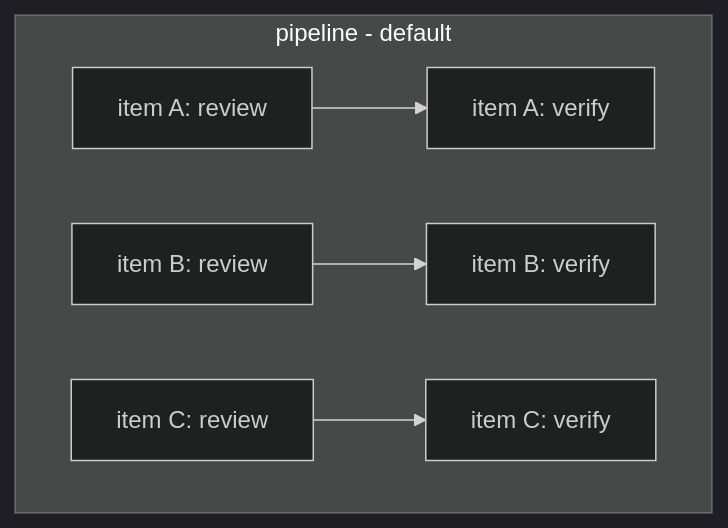
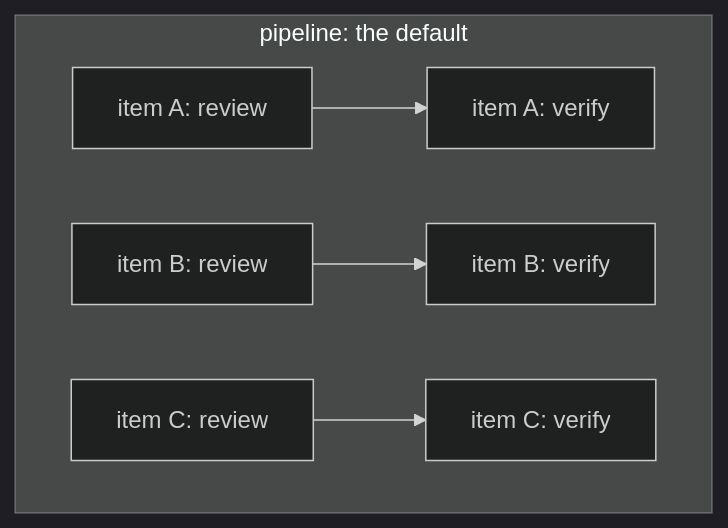
Before and after one commit to gshepptech/the-tavern: the first of 2 diagrams in plugins/tactician/README.md, drawn with Mermaid (dark theme). The commit also changed other lines of this file, not shown here.

````diff
--- a/plugins/tactician/README.md
+++ b/plugins/tactician/README.md
@@ -79,9 +85,9 @@
 ```mermaid
 flowchart LR
-    subgraph Pipeline[pipeline - default]
+    subgraph Pipeline[pipeline: the default]
         direction LR
         A1[item A: review] --> A2[item A: verify]
         B1[item B: review] --> B2[item B: verify]
         C1[item C: review] --> C2[item C: verify]
     end
 ```
````
